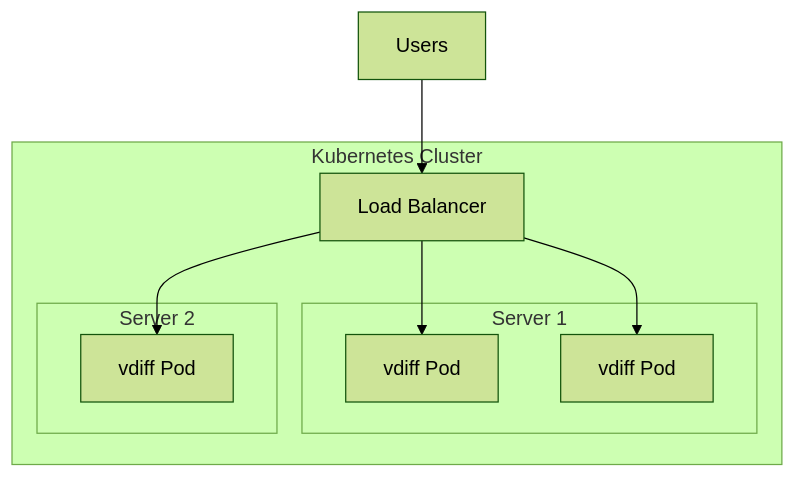
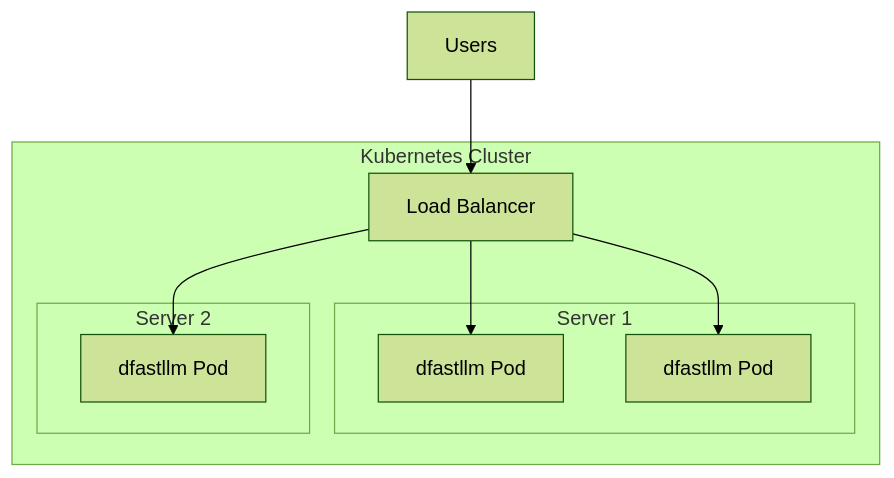
Diagram 11 of 13 in docs/dev-doc/01-concepts.md (mwaykole/vdiff), drawn with Mermaid (forest theme) before and after one commit. The commit also changed other lines of this file and 53 other files, not shown here.

First line of the commit message:
refactor: Rename all vdiff references to dfastllm

````diff
--- a/docs/dev-doc/01-concepts.md
+++ b/docs/dev-doc/01-concepts.md
@@ -284,20 +284,20 @@
 ```mermaid
 flowchart TB
     subgraph K8s["Kubernetes Cluster"]
         subgraph Node1["Server 1"]
-            P1[vdiff Pod]
-            P2[vdiff Pod]
+            P1[dfastllm Pod]
+            P2[dfastllm Pod]
         end
         
         subgraph Node2["Server 2"]
-            P3[vdiff Pod]
+            P3[dfastllm Pod]
         end
         
         LB[Load Balancer]
     end
     
     USER[Users] --> LB
     LB --> P1
     LB --> P2
     LB --> P3
 ```
````
